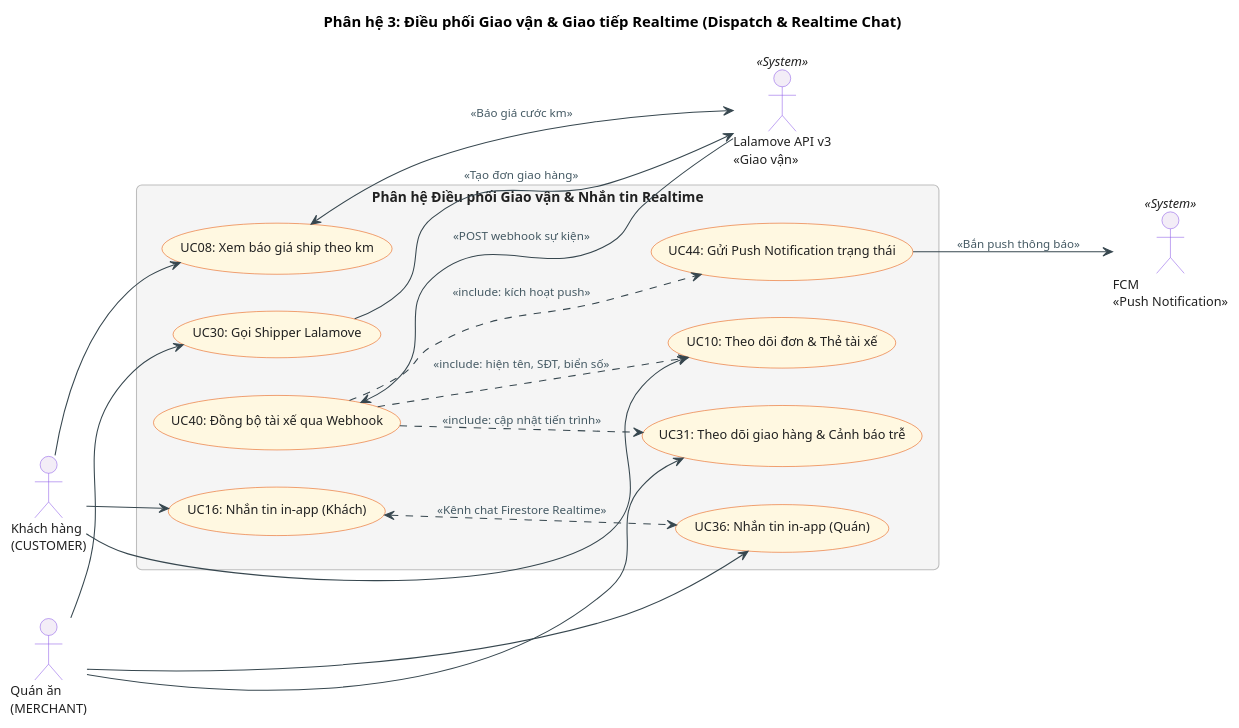
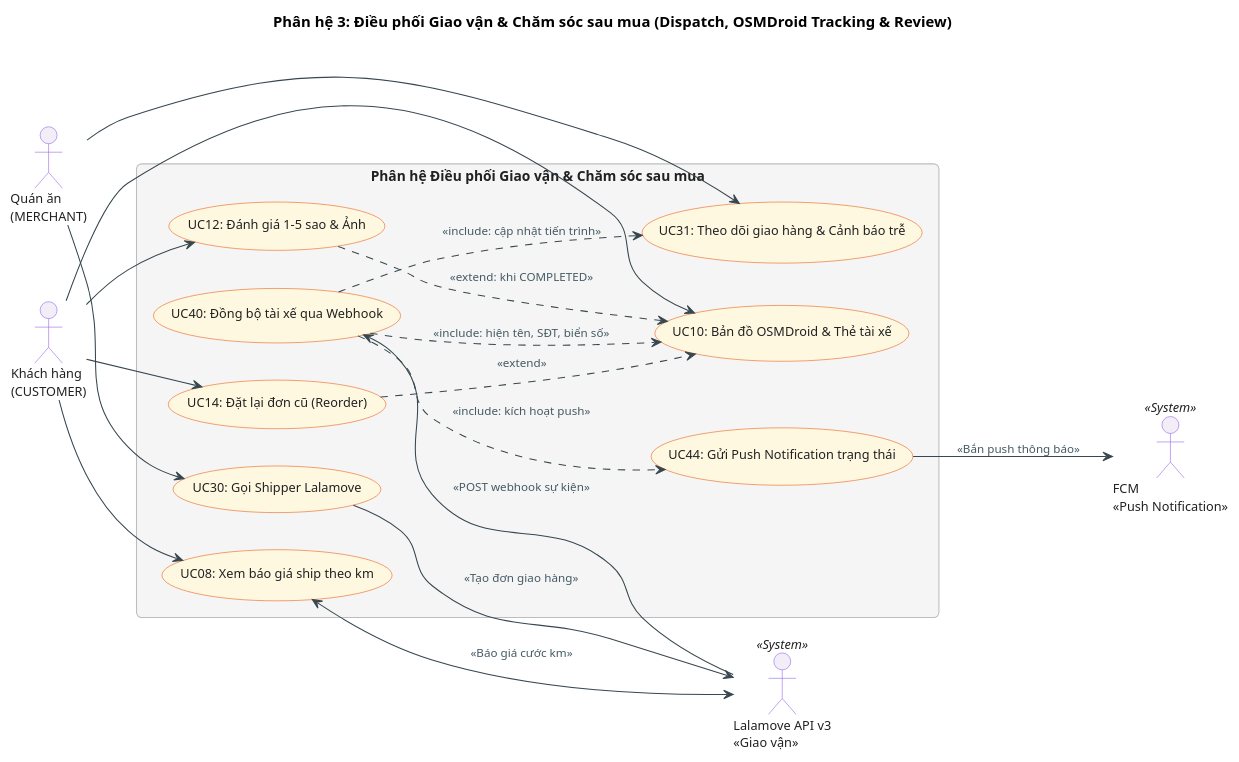
The diagram in docs/diagrams/03-use-case-diagrams/04-Phan-he-giao-van-nhan-tin.puml (thanhpino/MobileAppFinalProject-MiaoSong), drawn with PlantUML before and after one commit. The commit also changed 31 other files, not shown here.

Commit message:
docs(diagrams): sync all PlantUML sources & re-render 18 PNG diagrams to match ZaloPay/ERD/Tracking code

```diff
--- a/docs/diagrams/03-use-case-diagrams/04-Phan-he-giao-van-nhan-tin.puml
+++ b/docs/diagrams/03-use-case-diagrams/04-Phan-he-giao-van-nhan-tin.puml
@@ -1,82 +1,82 @@
-@startuml MiaoSong_GiaoVan_NhanTin
-title Phân hệ 3: Điều phối Giao vận & Giao tiếp Realtime (Dispatch & Realtime Chat)
+@startuml MiaoSong_GiaoVan_TheoDoi
+title Phân hệ 3: Điều phối Giao vận & Chăm sóc sau mua (Dispatch, OSMDroid Tracking & Review)
 left to right direction
 
 skinparam defaultFontName "Arial"
 skinparam defaultFontSize 12
 skinparam roundcorner 10
 skinparam shadowing false
 skinparam packageStyle rectangle
 
 skinparam actor {
     BorderColor #8A57E8
     BackgroundColor #F3EDF7
     FontColor #212121
     FontSize 12
 }
 
 skinparam usecase {
     BorderColor #E65100
     BackgroundColor #FFF8E1
     FontColor #212121
     FontSize 12
     ArrowColor #37474F
 }
 
 skinparam rectangle {
     BorderColor #9E9E9E
     BackgroundColor #FAFAFA
     FontColor #212121
     FontSize 13
 }
 
 skinparam package {
     BorderColor #BDBDBD
     BackgroundColor #F5F5F5
     FontColor #37474F
     FontSize 12
 }
 
 skinparam arrow {
     Color #37474F
     FontColor #455A64
     FontSize 11
 }
 
 
 actor "Khách hàng\n(CUSTOMER)" as KH
 actor "Quán ăn\n(MERCHANT)" as Q
 
 actor "Lalamove API v3\n<<Giao vận>>" as LL <<System>>
 actor "FCM\n<<Push Notification>>" as FCM <<System>>
 
-rectangle "Phân hệ Điều phối Giao vận & Nhắn tin Realtime" {
+rectangle "Phân hệ Điều phối Giao vận & Chăm sóc sau mua" {
     usecase "UC08: Xem báo giá ship theo km" as UC08
-    usecase "UC10: Theo dõi đơn & Thẻ tài xế" as UC10
-    usecase "UC16: Nhắn tin in-app (Khách)" as UC16
+    usecase "UC10: Bản đồ OSMDroid & Thẻ tài xế" as UC10
+    usecase "UC12: Đánh giá 1-5 sao & Ảnh" as UC12
+    usecase "UC14: Đặt lại đơn cũ (Reorder)" as UC14
     usecase "UC30: Gọi Shipper Lalamove" as UC30
     usecase "UC31: Theo dõi giao hàng & Cảnh báo trễ" as UC31
-    usecase "UC36: Nhắn tin in-app (Quán)" as UC36
     usecase "UC40: Đồng bộ tài xế qua Webhook" as UC40
     usecase "UC44: Gửi Push Notification trạng thái" as UC44
 }
 
 KH --> UC08
 KH --> UC10
-KH --> UC16
+KH --> UC12
+KH --> UC14
 
 Q --> UC30
 Q --> UC31
-Q --> UC36
 
 UC08 <--> LL : <<Báo giá cước km>>
 UC30 --> LL : <<Tạo đơn giao hàng>>
 LL --> UC40 : <<POST webhook sự kiện>>
 
 UC40 ..> UC10 : <<include: hiện tên, SĐT, biển số>>
 UC40 ..> UC31 : <<include: cập nhật tiến trình>>
 UC40 ..> UC44 : <<include: kích hoạt push>>
+UC12 ..> UC10 : <<extend: khi COMPLETED>>
+UC14 ..> UC10 : <<extend>>
 UC44 --> FCM : <<Bắn push thông báo>>
-
-UC16 <..> UC36 : <<Kênh chat Firestore Realtime>>
 @enduml
```
